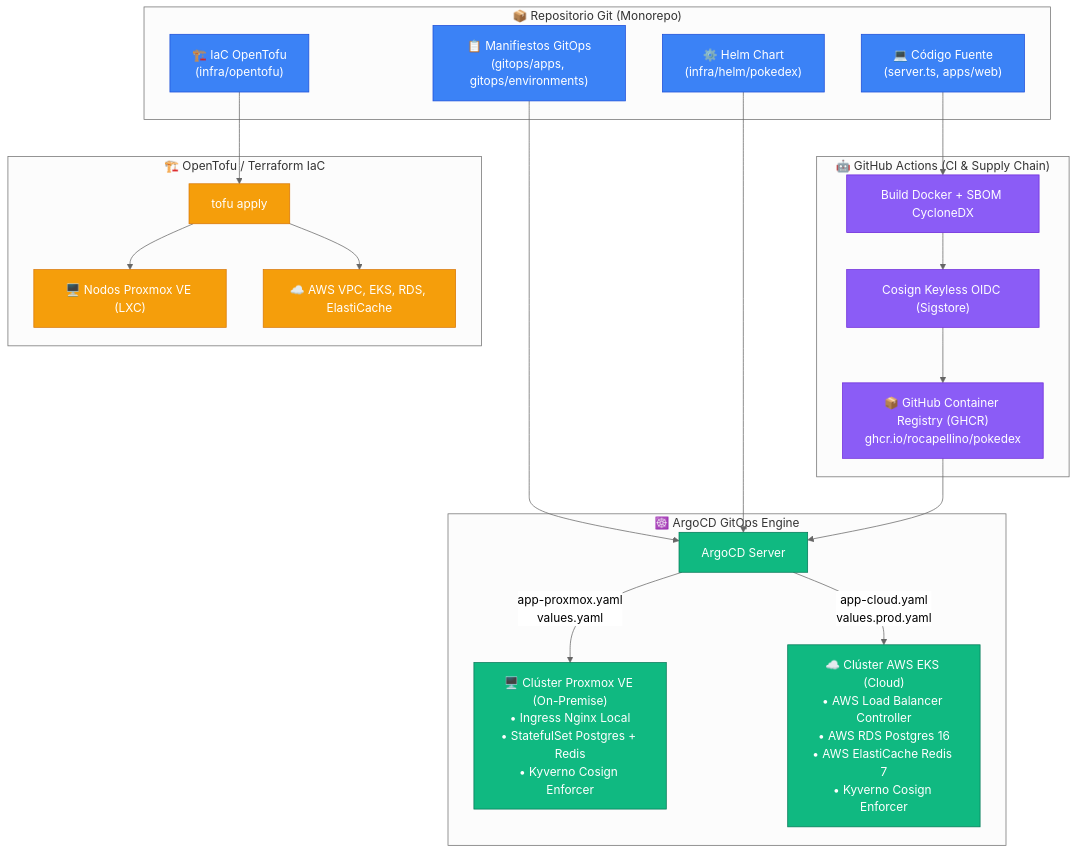
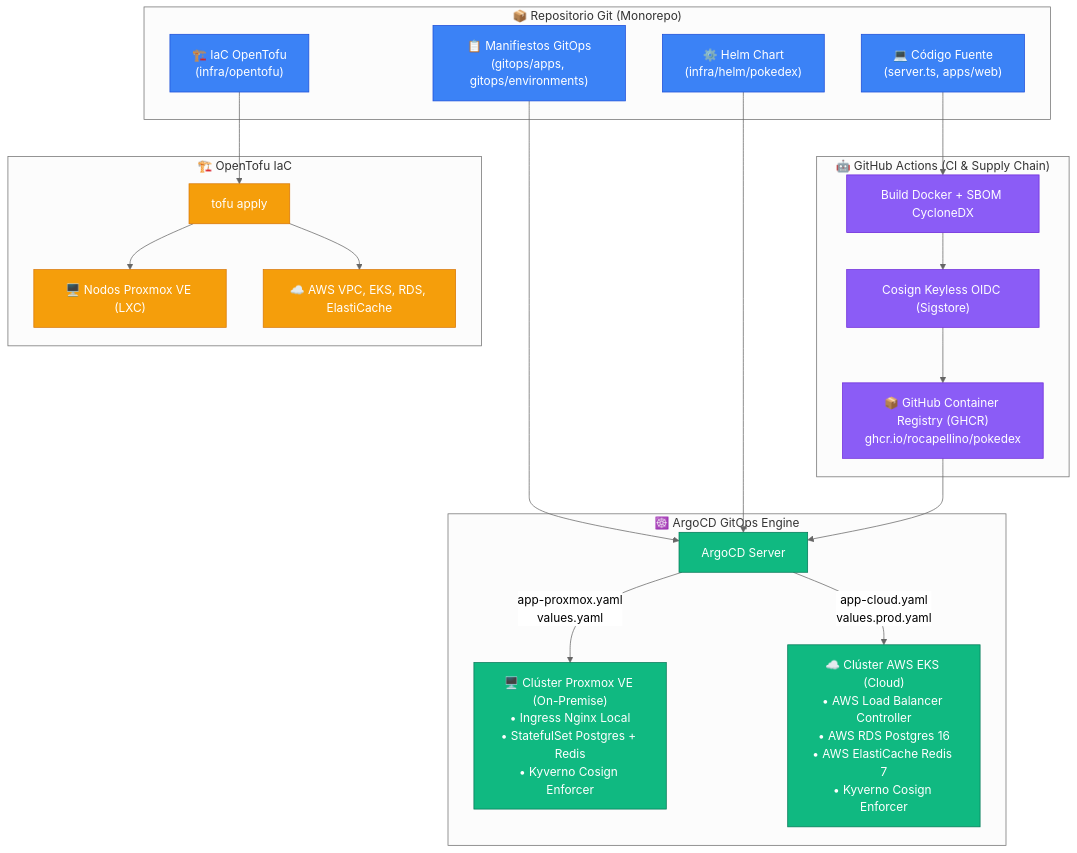
The diagram in docs/architecture/CLOUD_INFRASTRUCTURE_DESIGN.md (rocapellino/pokedex), drawn with Mermaid (neutral theme) before and after one commit. The commit also changed other lines of this file and 11 other files, not shown here.

````diff
--- a/docs/architecture/CLOUD_INFRASTRUCTURE_DESIGN.md
+++ b/docs/architecture/CLOUD_INFRASTRUCTURE_DESIGN.md
@@ -54,40 +54,40 @@
 ```mermaid
 flowchart TD
     subgraph SCM["📦 Repositorio Git (Monorepo)"]
         CODE["💻 Código Fuente\n(server.ts, apps/web)"]
         HELM_CHART["⚙️ Helm Chart\n(infra/helm/pokedex)"]
         GITOPS_DIR["📋 Manifiestos GitOps\n(gitops/apps, gitops/environments)"]
         TOFU_DIR["🏗️ IaC OpenTofu\n(infra/opentofu)"]
     end
 
     subgraph CI_PIPELINE["🤖 GitHub Actions (CI & Supply Chain)"]
         CODE --> CI_BUILD["Build Docker + SBOM CycloneDX"]
         CI_BUILD --> COSIGN_SIGN["Cosign Keyless OIDC (Sigstore)"]
         COSIGN_SIGN --> GHCR["📦 GitHub Container Registry (GHCR)\nghcr.io/rocapellino/pokedex"]
     end
 
-    subgraph IAC_ENGINE["🏗️ OpenTofu / Terraform IaC"]
+    subgraph IAC_ENGINE["🏗️ OpenTofu IaC"]
         TOFU_DIR --> TOFU_APPLY["tofu apply"]
         TOFU_APPLY --> PROX_INFRA["🖥️ Nodos Proxmox VE (LXC)"]
         TOFU_APPLY --> CLOUD_INFRA["☁️ AWS VPC, EKS, RDS, ElastiCache"]
     end
 
     subgraph GITOPS_SYNC["☸️ ArgoCD GitOps Engine"]
         GITOPS_DIR --> ARGO["ArgoCD Server"]
         HELM_CHART --> ARGO
         GHCR --> ARGO
         
         ARGO -->|app-proxmox.yaml\nvalues.yaml| ENV_PROX["🖥️ Clúster Proxmox VE (On-Premise)\n• Ingress Nginx Local\n• StatefulSet Postgres + Redis\n• Kyverno Cosign Enforcer"]
         ARGO -->|app-cloud.yaml\nvalues.prod.yaml| ENV_CLOUD["☁️ Clúster AWS EKS (Cloud)\n• AWS Load Balancer Controller\n• AWS RDS Postgres 16\n• AWS ElastiCache Redis 7\n• Kyverno Cosign Enforcer"]
     end
 
     classDef git fill:#3b82f6,stroke:#1d4ed8,color:#fff;
     classDef ci fill:#8b5cf6,stroke:#6d28d9,color:#fff;
     classDef iac fill:#f59e0b,stroke:#d97706,color:#fff;
     classDef gitops fill:#10b981,stroke:#047857,color:#fff;
 
     class CODE,HELM_CHART,GITOPS_DIR,TOFU_DIR git;
     class CI_BUILD,COSIGN_SIGN,GHCR ci;
     class TOFU_APPLY,PROX_INFRA,CLOUD_INFRA iac;
     class ARGO,ENV_PROX,ENV_CLOUD gitops;
 ```
````
